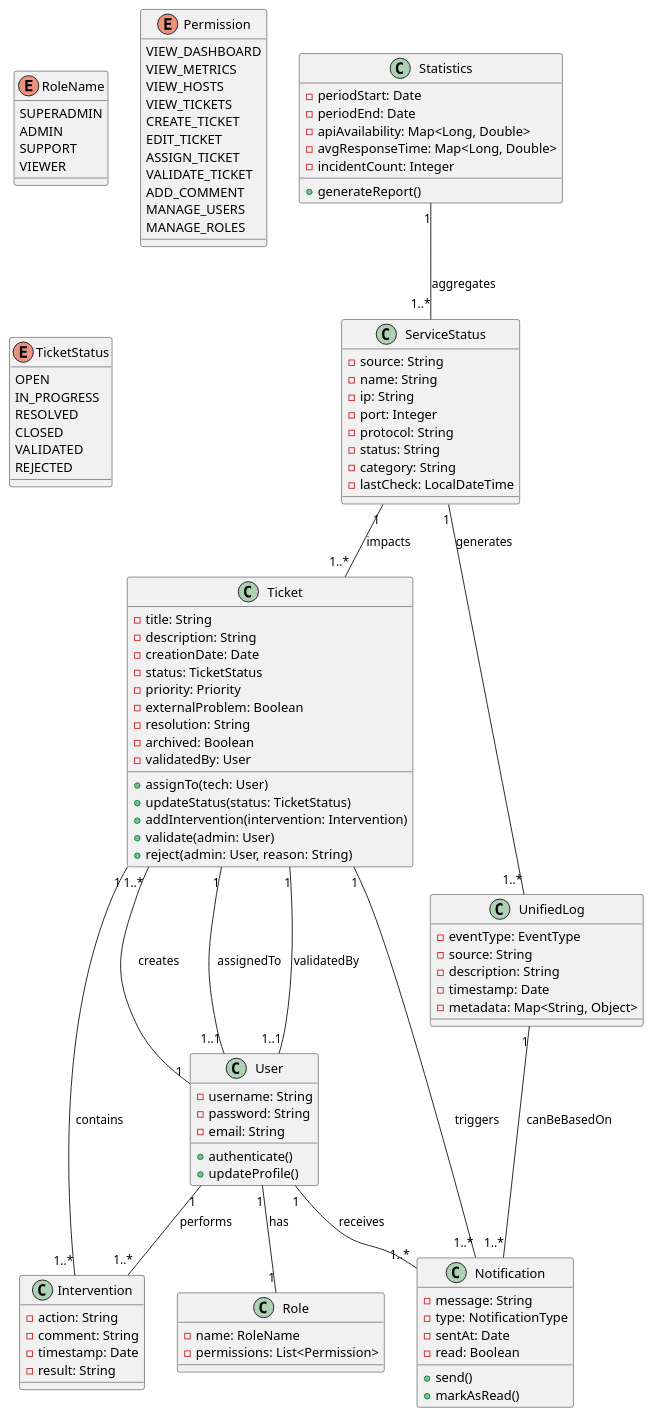
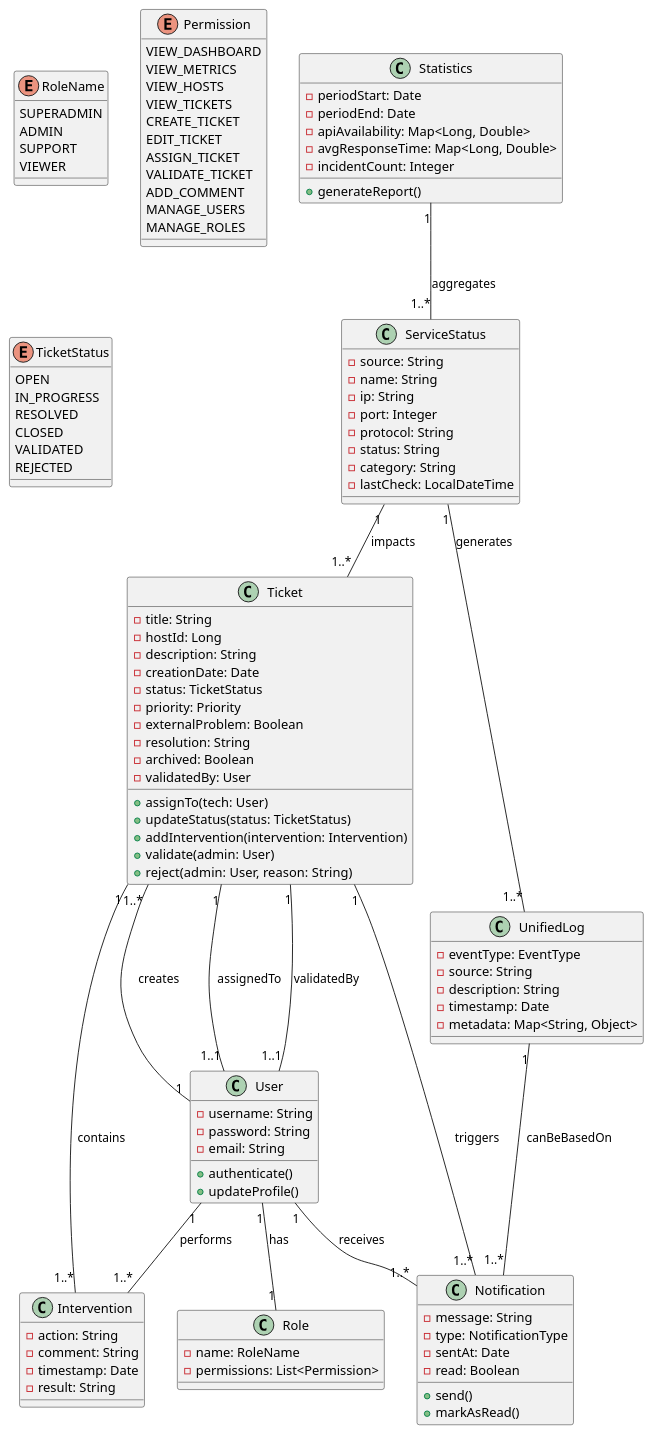
One commit to wajdibenameur/PFEWorks changed the diagram in src/UML/class.puml. Above: the diagram before and after it, drawn with PlantUML. The commit also changed 98 other files, not shown here.

```diff
--- a/src/UML/class.puml
+++ b/src/UML/class.puml
@@ -1,128 +1,129 @@
 @startuml
 ' Diagramme de classes du domaine - Centralisation API MSB
 
 
 
 class ServiceStatus {
   - source: String
   - name: String
   - ip: String
   - port: Integer
   - protocol: String
   - status: String
   - category: String
   - lastCheck: LocalDateTime
 }
 
 class User {
   - username: String
   - password: String
   - email: String
   + authenticate()
   + updateProfile()
 }
 
 class Role {
   - name: RoleName
   - permissions: List<Permission>
 }
 
 enum RoleName {
   SUPERADMIN
   ADMIN
   SUPPORT
   VIEWER
 }
 
 enum Permission {
   VIEW_DASHBOARD
   VIEW_METRICS
   VIEW_HOSTS
   VIEW_TICKETS
   CREATE_TICKET
   EDIT_TICKET
   ASSIGN_TICKET
   VALIDATE_TICKET
   ADD_COMMENT
   MANAGE_USERS
   MANAGE_ROLES
 }
 
 class Ticket {
   - title: String
+  - hostId: Long
   - description: String
   - creationDate: Date
   - status: TicketStatus
   - priority: Priority
   - externalProblem: Boolean
   - resolution: String
   - archived: Boolean
   - validatedBy: User
   + assignTo(tech: User)
   + updateStatus(status: TicketStatus)
   + addIntervention(intervention: Intervention)
   + validate(admin: User)
   + reject(admin: User, reason: String)
 }
 
 enum TicketStatus {
   OPEN
   IN_PROGRESS
   RESOLVED
   CLOSED
   VALIDATED
   REJECTED
 }
 
 class Intervention {
   - action: String
   - comment: String
   - timestamp: Date
   - result: String
 }
 
 class Notification {
   - message: String
   - type: NotificationType
   - sentAt: Date
   - read: Boolean
   + send()
   + markAsRead()
 }
 
 class UnifiedLog {
   - eventType: EventType
   - source: String
   - description: String
   - timestamp: Date
   - metadata: Map<String, Object>
 }
 
 class Statistics {
   - periodStart: Date
   - periodEnd: Date
   - apiAvailability: Map<Long, Double>
   - avgResponseTime: Map<Long, Double>
   - incidentCount: Integer
   + generateReport()
 }
 
 ' Héritages
 
 ' Statistics n'hérite pas forcément de BaseEntity (objet calculé)
 
 ' Associations
 User "1" -- "1" Role : has
 User "1" -- "1..*" Ticket : creates
 User "1" -- "1..*" Intervention : performs
 Ticket "1" -- "1..*" Intervention : contains
 Ticket "1" -- "1..1" User : assignedTo
 Ticket "1" -- "1..1" User : validatedBy
 ServiceStatus "1" -- "1..*" UnifiedLog : generates
 ServiceStatus "1" -- "1..*" Ticket : impacts
 Ticket "1" -- "1..*" Notification : triggers
 User "1" -- "1..*" Notification : receives
 UnifiedLog "1" -- "1..*" Notification : canBeBasedOn
 Statistics "1" -- "1..*" ServiceStatus : aggregates
 
 @enduml
```
